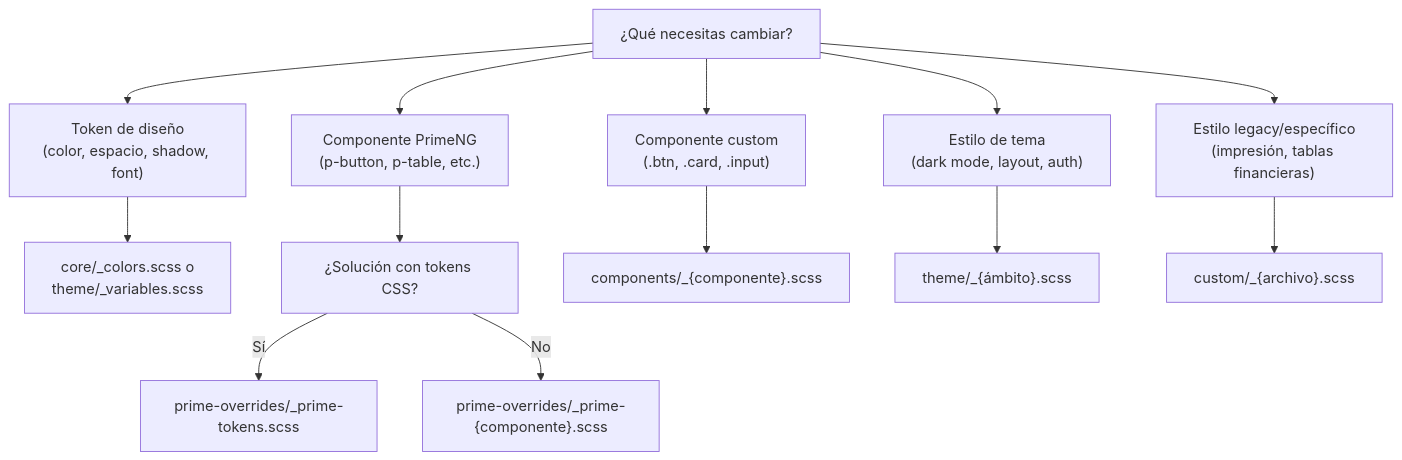
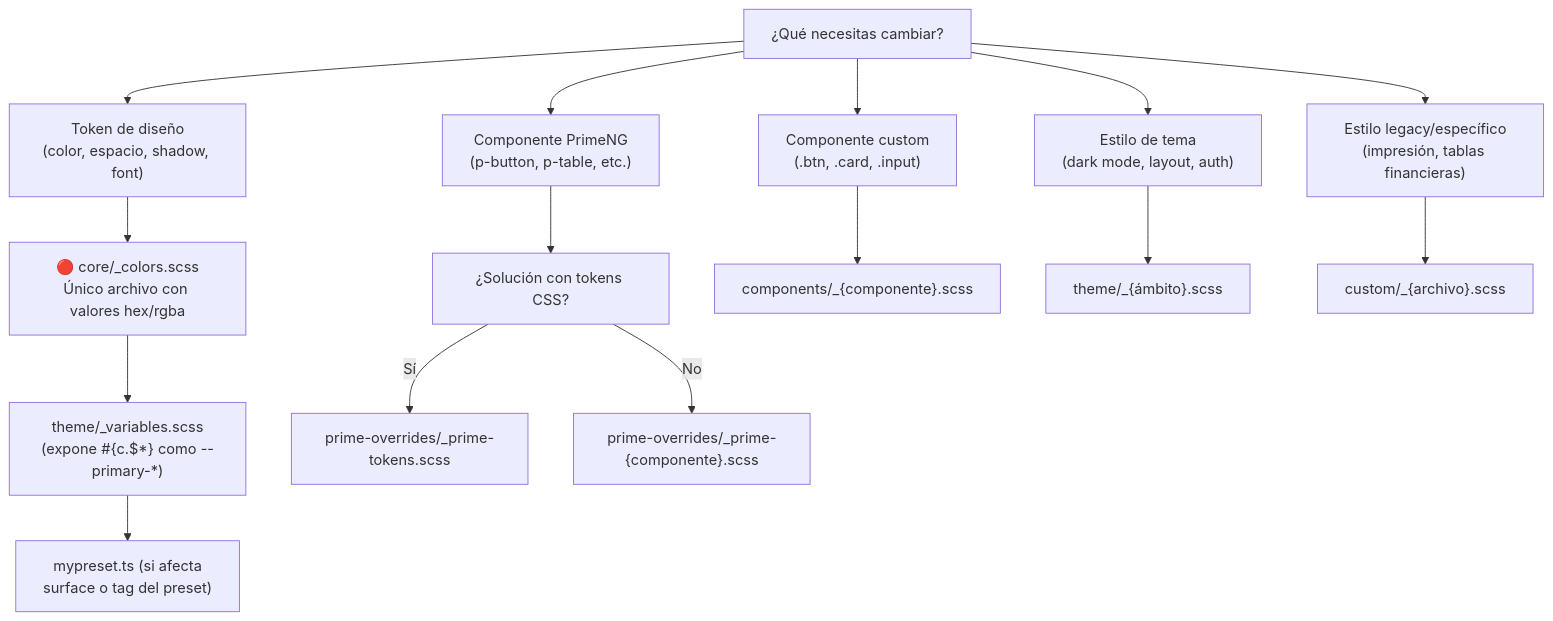
One commit to geshyrihu/luxuryapp-angular changed the third of 3 diagrams in src/styles/estandar-hoja-estilos.md. Above: the diagram before and after it, drawn with Mermaid. The commit also changed other lines of this file and 67 other files, not shown here.

````diff
--- a/src/styles/estandar-hoja-estilos.md
+++ b/src/styles/estandar-hoja-estilos.md
@@ -240,17 +268,20 @@
 ```mermaid
 flowchart TD
     A["¿Qué necesitas cambiar?"]
     A --> B["Token de diseño<br/>(color, espacio, shadow, font)"]
     A --> C["Componente PrimeNG<br/>(p-button, p-table, etc.)"]
     A --> D["Componente custom<br/>(.btn, .card, .input)"]
     A --> E["Estilo de tema<br/>(dark mode, layout, auth)"]
     A --> F["Estilo legacy/específico<br/>(impresión, tablas financieras)"]
 
-    B --> B1["core/_colors.scss o<br/>theme/_variables.scss"]
+    B --> B1["🔴 core/_colors.scss<br/>Único archivo con valores hex/rgba"]
+    B1 --> B2["theme/_variables.scss<br/>(expone #{c.$*} como --primary-*)"]
+    B2 --> B3["mypreset.ts (si afecta<br/>surface o tag del preset)"]
+
     C --> C1["¿Solución con tokens CSS?"]
     C1 -->|Sí| C2["prime-overrides/_prime-tokens.scss"]
     C1 -->|No| C3["prime-overrides/_prime-{componente}.scss"]
     D --> D1["components/_{componente}.scss"]
     E --> E1["theme/_{ámbito}.scss"]
     F --> F1["custom/_{archivo}.scss"]
 ```
````
